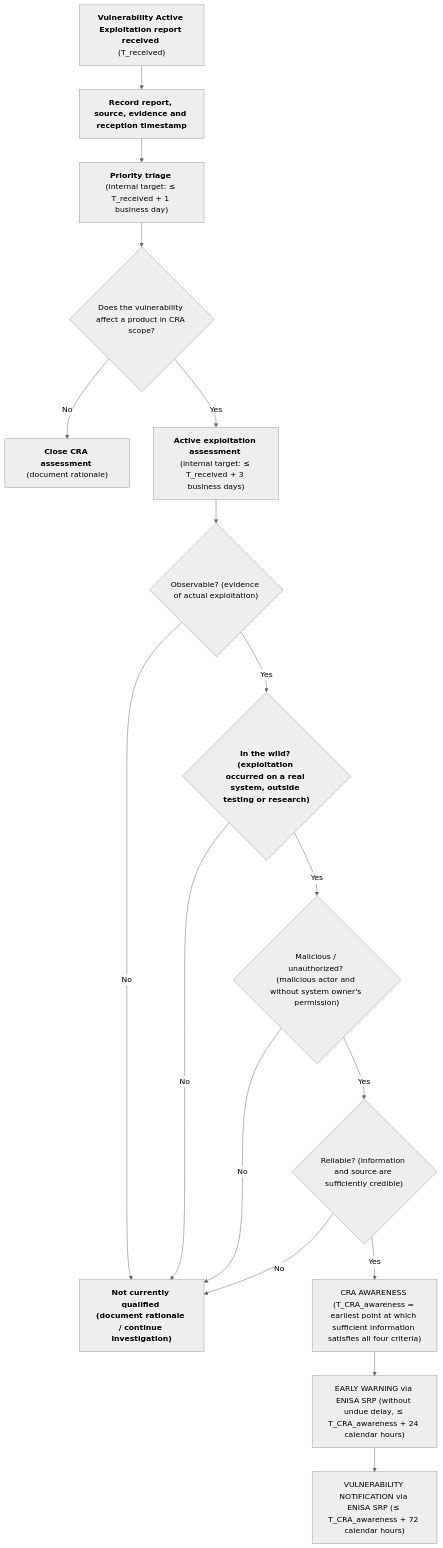
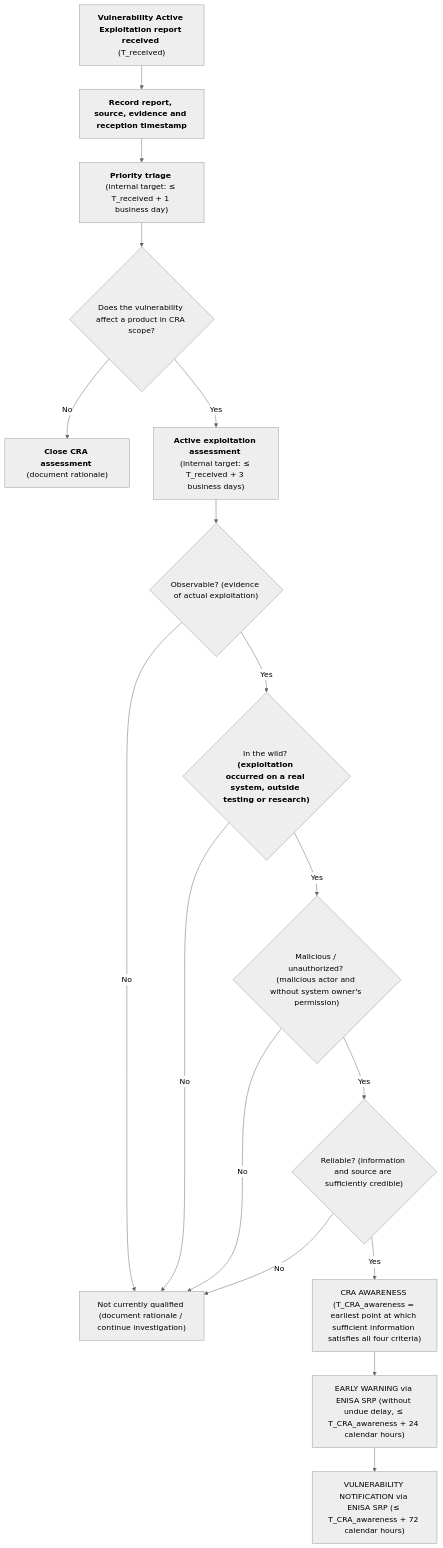
One commit to rfoucard/cra-fast-track changed the diagram in templates/actively-exploited-vulnerability-process.md. Above: the diagram before and after it, drawn with Mermaid (neutral theme).

````diff
--- a/templates/actively-exploited-vulnerability-process.md
+++ b/templates/actively-exploited-vulnerability-process.md
@@ -15,31 +15,31 @@
 ```mermaid
 flowchart TD
 
     A["<strong>Vulnerability Active Exploitation report received</strong> \n(T_received)"] --> B["<strong>Record report, source, evidence and reception timestamp</strong>"]
 
     B --> C["<strong>Priority triage</strong> \n(internal target: ≤ T_received + 1 business day)"]
 
     C --> D{"Does the vulnerability affect a product in CRA scope?"}
 
     D -- "No" --> X["<strong>Close CRA assessment</strong> \n(document rationale)"]
 
     D -- "Yes" --> E["<strong>Active exploitation assessment</strong> \n(internal target: ≤ T_received + 3 business days)"]
 
     E --> F{"Observable? (evidence of actual exploitation)"}
 
-    F -- "No" --> Y["<strong>Not currently qualified<strong> \n(document rationale / continue investigation)"]
-    F -- "Yes" --> G{"<strong>In the wild?<strong> \n(exploitation occurred on a real system, outside testing or research)"}
+    F -- "No" --> Y["Not currently qualified (document rationale / continue investigation)"]
+    F -- "Yes" --> G{"In the wild?<strong> (exploitation occurred on a real system, outside testing or research)"}
 
     G -- "No" --> Y
     G -- "Yes" --> H{"Malicious / unauthorized? (malicious actor and without system owner's permission)"}
 
     H -- "No" --> Y
     H -- "Yes" --> I{"Reliable? (information and source are sufficiently credible)"}
 
     I -- "No" --> Y
     I -- "Yes" --> L["CRA AWARENESS (T_CRA_awareness = earliest point at which sufficient information satisfies all four criteria)"]
 
     L --> M["EARLY WARNING via ENISA SRP (without undue delay, ≤ T_CRA_awareness + 24 calendar hours)"]
 
     M --> N["VULNERABILITY NOTIFICATION via ENISA SRP (≤ T_CRA_awareness + 72 calendar hours)"]
 ```
````
